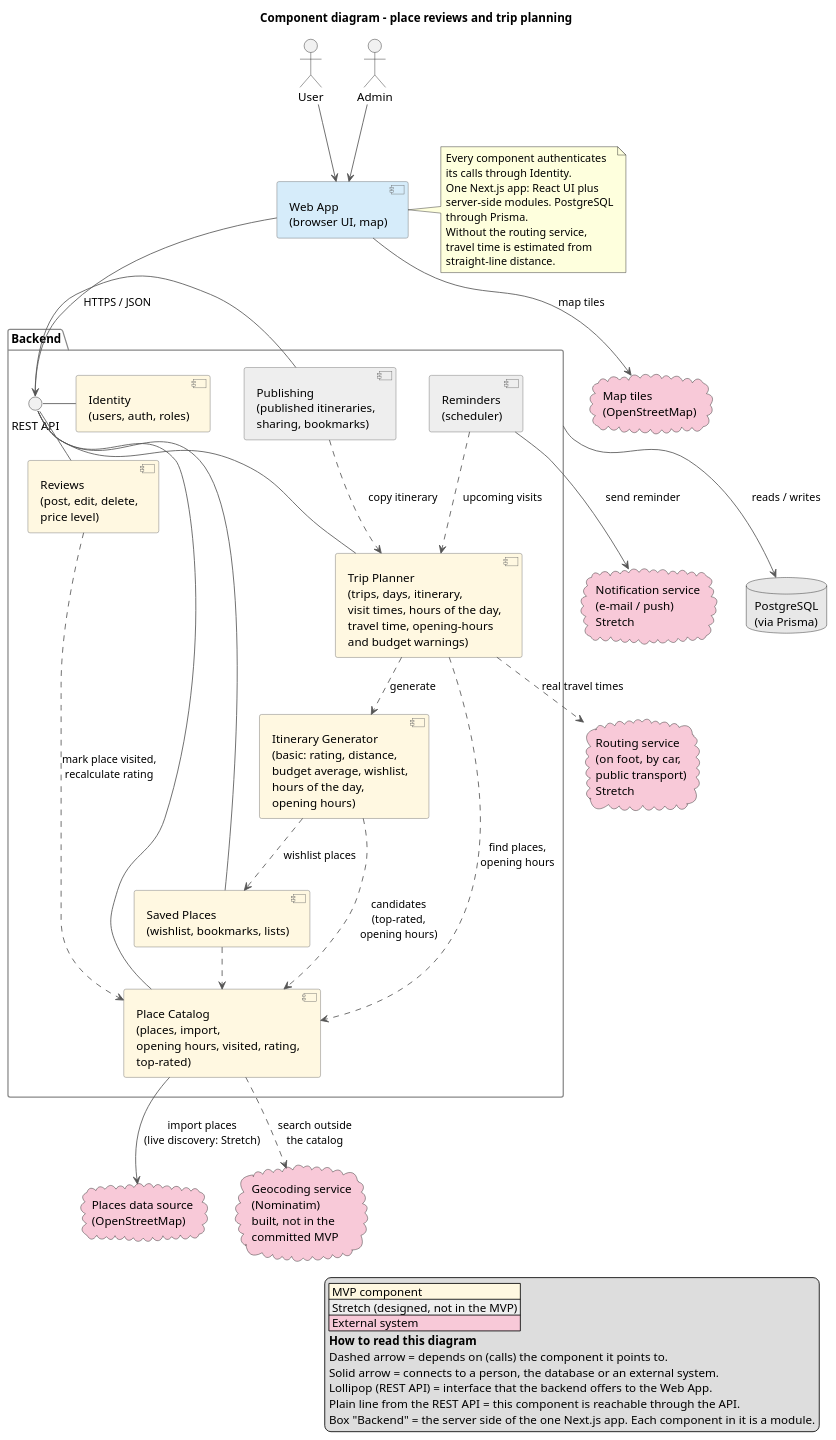
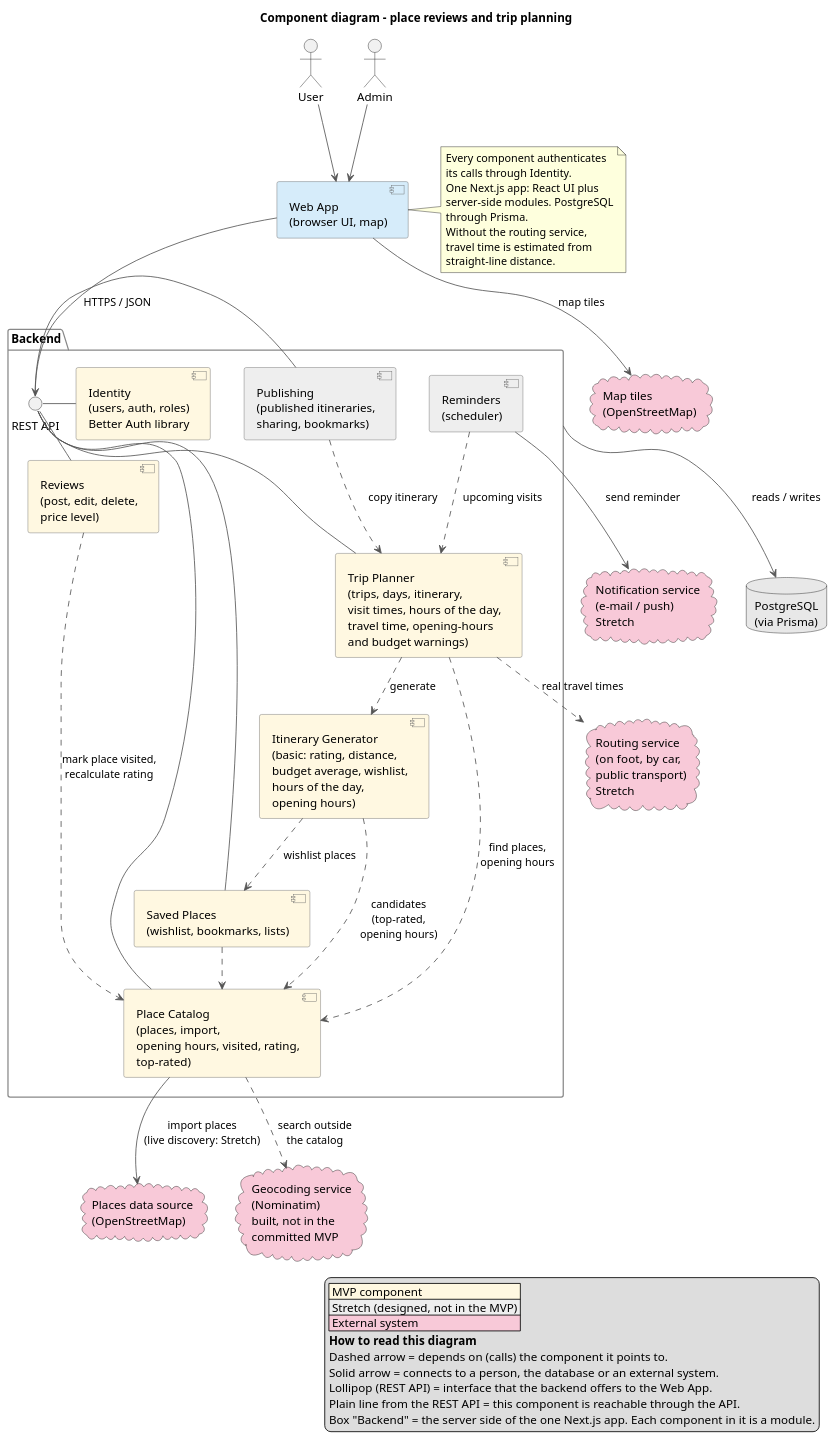
One commit to MESW-LES-2627/les-project-group-7 changed the diagram in docs/design/component-diagram.puml. Above: the diagram before and after it, drawn with PlantUML. The commit also changed 8 other files, not shown here.

First line of the commit message:
Decide authentication with Better Auth (ADR-009)

```diff
--- a/docs/design/component-diagram.puml
+++ b/docs/design/component-diagram.puml
@@ -1,92 +1,92 @@
 @startuml component-diagram
 title Component diagram – place reviews and trip planning
 skinparam shadowing false
 skinparam componentStyle uml2
 skinparam nodesep 40
 skinparam ranksep 50
 skinparam ArrowColor #555555
 skinparam component {
   BackgroundColor #FFF8E1
   BorderColor #666666
 }
 skinparam package {
   BorderColor #888888
 }
 
 legend right
   |<#FFF8E1> MVP component |
   |<#EEEEEE> Stretch (designed, not in the MVP) |
   |<#F8C9D8> External system |
   **How to read this diagram**
   Dashed arrow = depends on (calls) the component it points to.
   Solid arrow = connects to a person, the database or an external system.
   Lollipop (REST API) = interface that the backend offers to the Web App.
   Plain line from the REST API = this component is reachable through the API.
   Box "Backend" = the server side of the one Next.js app. Each component in it is a module.
 endlegend
 
 actor "User" as user
 actor "Admin" as admin
 
 component "Web App\n(browser UI, map)" as web #D6ECFA
 
 package "Backend" as backend {
   interface "REST API" as api
 
-  component "Identity\n(users, auth, roles)" as identity
+  component "Identity\n(users, auth, roles)\nBetter Auth library" as identity
   component "Place Catalog\n(places, import,\nopening hours, visited, rating,\ntop-rated)" as catalog
   component "Reviews\n(post, edit, delete,\nprice level)" as reviews
   component "Saved Places\n(wishlist, bookmarks, lists)" as saved
   component "Trip Planner\n(trips, days, itinerary,\nvisit times, hours of the day,\ntravel time, opening-hours\nand budget warnings)" as planner
   component "Itinerary Generator\n(basic: rating, distance,\nbudget average, wishlist,\nhours of the day,\nopening hours)" as generator
   component "Publishing\n(published itineraries,\nsharing, bookmarks)" as publishing #EEEEEE
   component "Reminders\n(scheduler)" as reminders #EEEEEE
 }
 
 database "PostgreSQL\n(via Prisma)" as db #E8E8E8
 
 cloud "Places data source\n(OpenStreetMap)" as places #F8C9D8
 cloud "Map tiles\n(OpenStreetMap)" as tiles #F8C9D8
 cloud "Routing service\n(on foot, by car,\npublic transport)\nStretch" as routing #F8C9D8
 cloud "Geocoding service\n(Nominatim)\nbuilt, not in the\ncommitted MVP" as geocoding #F8C9D8
 cloud "Notification service\n(e-mail / push)\nStretch" as notif #F8C9D8
 
 user --> web
 admin --> web
 web --> api : HTTPS / JSON
 web --> tiles : map tiles
 api - identity
 api - catalog
 api - reviews
 api - saved
 api - planner
 api - publishing
 
 reviews ..> catalog : mark place visited,\nrecalculate rating
 saved ..> catalog
 planner ..> catalog : find places,\nopening hours
 planner ..> generator : generate
 generator ..> catalog : candidates\n(top-rated,\nopening hours)
 generator ..> saved : wishlist places
 publishing ..> planner : copy itinerary
 reminders ..> planner : upcoming visits
 
 catalog --> places : import places\n(live discovery: Stretch)
 catalog ..> geocoding : search outside\nthe catalog
 planner ..> routing : real travel times
 reminders --> notif : send reminder
 
 
 backend --> db : reads / writes
 
 note right of web
   Every component authenticates
   its calls through Identity.
   One Next.js app: React UI plus
   server-side modules. PostgreSQL
   through Prisma.
   Without the routing service,
   travel time is estimated from
   straight-line distance.
 end note
 @enduml
```
